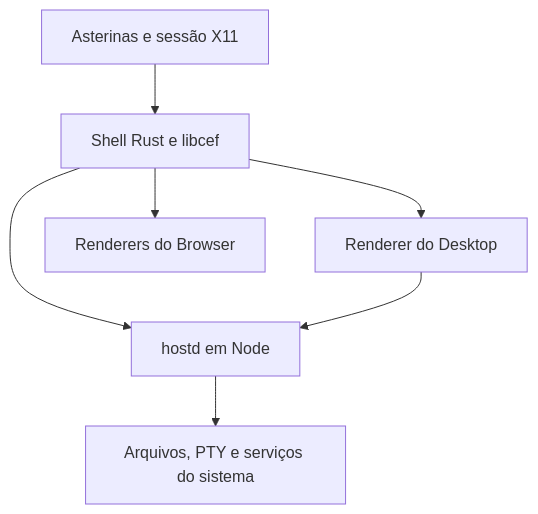
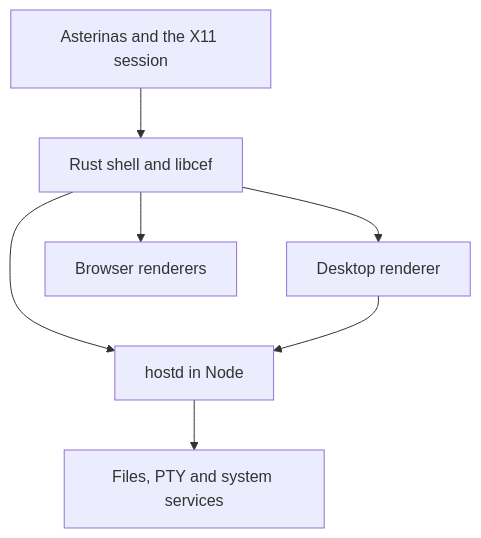
One commit to apreviato/openshell-native-kernel changed the diagram in ARCHITECTURE-CEF.md. Above: the diagram before and after it, drawn with Mermaid. The commit also changed other lines of this file and 8 other files, not shown here.

````diff
--- a/ARCHITECTURE-CEF.md
+++ b/ARCHITECTURE-CEF.md
@@ -23,9 +23,9 @@
 ```mermaid
 flowchart TD
-    OS["Asterinas e sessão X11"] --> Shell["Shell Rust e libcef"]
-    Shell --> Desktop["Renderer do Desktop"]
-    Shell --> Browser["Renderers do Browser"]
-    Shell --> Services["hostd em Node"]
+    OS["Asterinas and the X11 session"] --> Shell["Rust shell and libcef"]
+    Shell --> Desktop["Desktop renderer"]
+    Shell --> Browser["Browser renderers"]
+    Shell --> Services["hostd in Node"]
     Desktop --> Services
-    Services --> System["Arquivos, PTY e serviços do sistema"]
+    Services --> System["Files, PTY and system services"]
 ```
````
